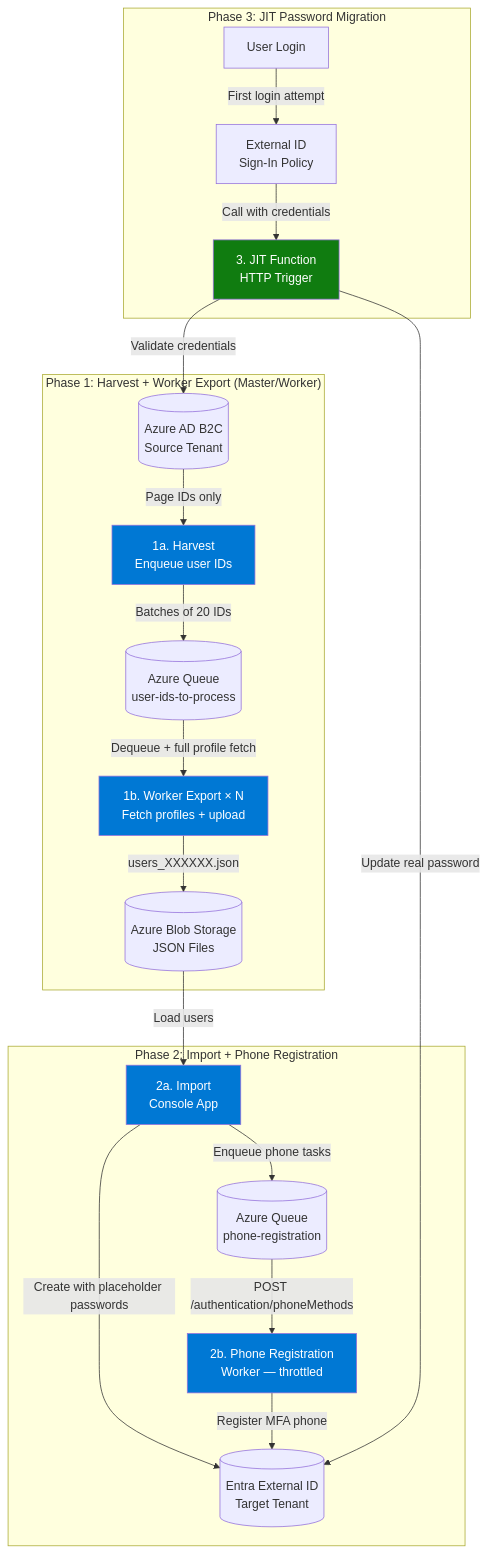
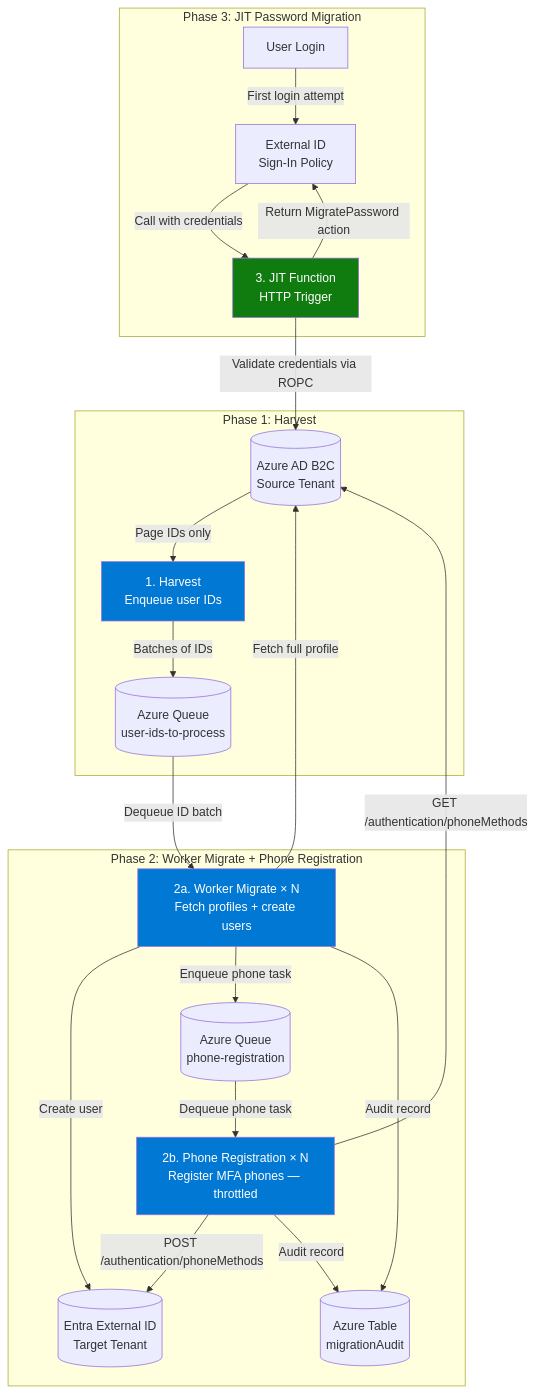
Before and after one commit to alvesfabi/b2c-to-meeid-migration-tool: the diagram in README.md, drawn with Mermaid. The commit also changed other lines of this file and 6 other files, not shown here.

````diff
--- a/README.md
+++ b/README.md
@@ -30,45 +30,45 @@
 ```mermaid
 graph TB
-    subgraph "Phase 1: Harvest + Worker Export (Master/Worker)"
+    subgraph "Phase 1: Harvest"
         B2C[(Azure AD B2C<br/>Source Tenant)]
-        Harvest[1a. Harvest<br/>Enqueue user IDs]
+        Harvest[1. Harvest<br/>Enqueue user IDs]
         Queue1[(Azure Queue<br/>user-ids-to-process)]
-        Worker[1b. Worker Export × N<br/>Fetch profiles + upload]
-        Storage[(Azure Blob Storage<br/>JSON Files)]
 
         B2C -->|Page IDs only| Harvest
-        Harvest -->|Batches of 20 IDs| Queue1
-        Queue1 -->|Dequeue + full profile fetch| Worker
-        Worker -->|users_XXXXXX.json| Storage
+        Harvest -->|Batches of IDs| Queue1
     end
 
-    subgraph "Phase 2: Import + Phone Registration"
-        Import[2a. Import<br/>Console App]
+    subgraph "Phase 2: Worker Migrate + Phone Registration"
+        Worker[2a. Worker Migrate × N<br/>Fetch profiles + create users]
         ExtID[(Entra External ID<br/>Target Tenant)]
         Queue2[(Azure Queue<br/>phone-registration)]
-        PhoneWorker[2b. Phone Registration<br/>Worker — throttled]
+        PhoneWorker[2b. Phone Registration × N<br/>Register MFA phones — throttled]
+        AuditTable[(Azure Table<br/>migrationAudit)]
 
-        Storage -->|Load users| Import
-        Import -->|Create with placeholder passwords| ExtID
-        Import -->|Enqueue phone tasks| Queue2
-        Queue2 -->|POST /authentication/phoneMethods| PhoneWorker
-        PhoneWorker -->|Register MFA phone| ExtID
+        Queue1 -->|Dequeue ID batch| Worker
+        Worker -->|Fetch full profile| B2C
+        Worker -->|Create user| ExtID
+        Worker -->|Enqueue phone task| Queue2
+        Worker -->|Audit record| AuditTable
+        Queue2 -->|Dequeue phone task| PhoneWorker
+        PhoneWorker -->|GET /authentication/phoneMethods| B2C
+        PhoneWorker -->|POST /authentication/phoneMethods| ExtID
+        PhoneWorker -->|Audit record| AuditTable
     end
 
     subgraph "Phase 3: JIT Password Migration"
         User[User Login]
         ExtIDLogin[External ID<br/>Sign-In Policy]
         JIT[3. JIT Function<br/>HTTP Trigger]
 
         User -->|First login attempt| ExtIDLogin
         ExtIDLogin -->|Call with credentials| JIT
-        JIT -->|Validate credentials| B2C
-        JIT -->|Update real password| ExtID
+        JIT -->|Validate credentials via ROPC| B2C
+        JIT -->|Return MigratePassword action| ExtIDLogin
     end
 
     style Harvest fill:#0078d4,color:#fff
     style Worker fill:#0078d4,color:#fff
-    style Import fill:#0078d4,color:#fff
     style PhoneWorker fill:#0078d4,color:#fff
     style JIT fill:#107c10,color:#fff
 ```
````
